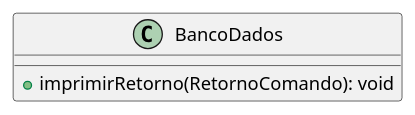
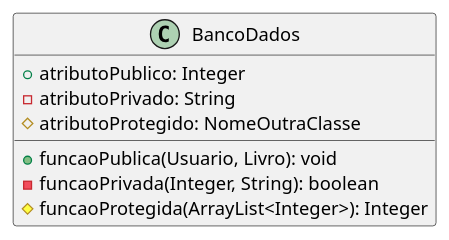
Before and after one commit to angelofelipe/library-system-OOP: the diagram in diagrama de classes/src puml/src/geral/BancoDados.puml, drawn with PlantUML. The commit also changed 24 other files, not shown here.

Commit message:
edita diagrama na pasta usuario

```diff
--- a/diagrama de classes/src puml/src/geral/BancoDados.puml
+++ b/diagrama de classes/src puml/src/geral/BancoDados.puml
@@ -1,8 +1,13 @@
 @startuml
 
-class BancoDados  {
+class BancoDados {
+    + atributoPublico: Integer
+    - atributoPrivado: String
+    # atributoProtegido: NomeOutraClasse
 
-    + imprimirRetorno(RetornoComando): void
+    + funcaoPublica(Usuario, Livro): void
+    - funcaoPrivada(Integer, String): boolean
+    # funcaoProtegida(ArrayList<Integer>): Integer
 }
 
 @enduml
```
